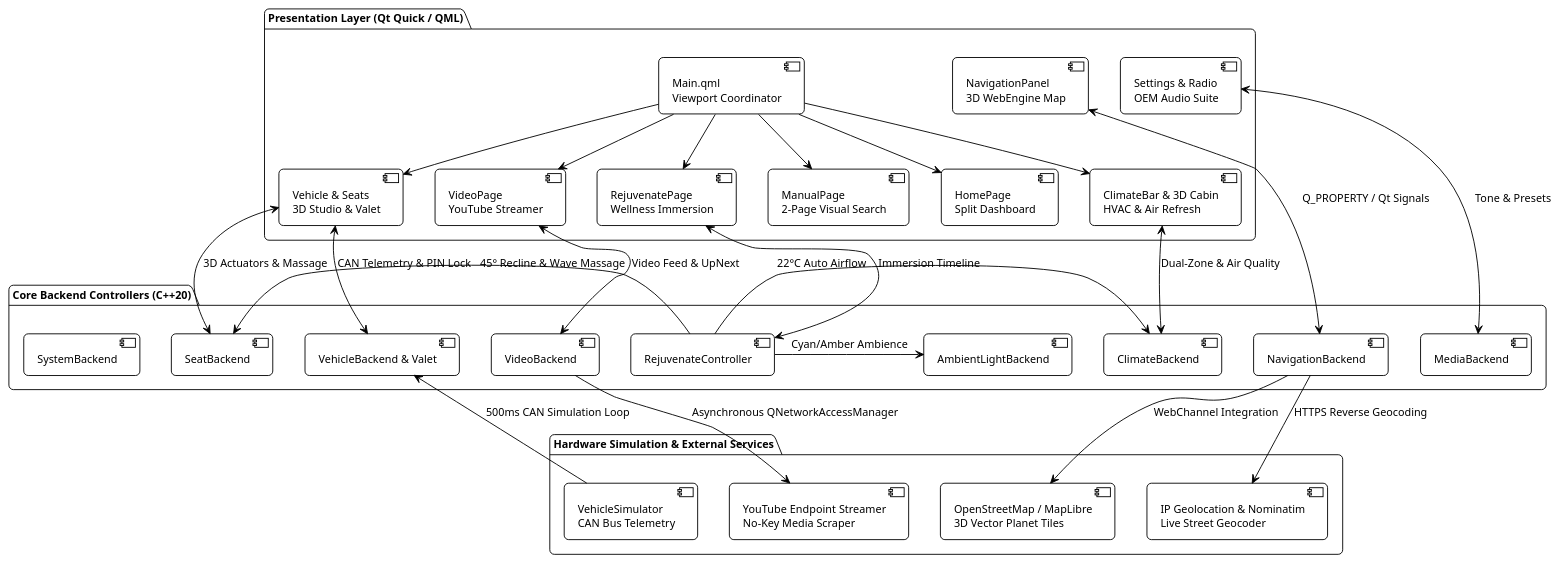
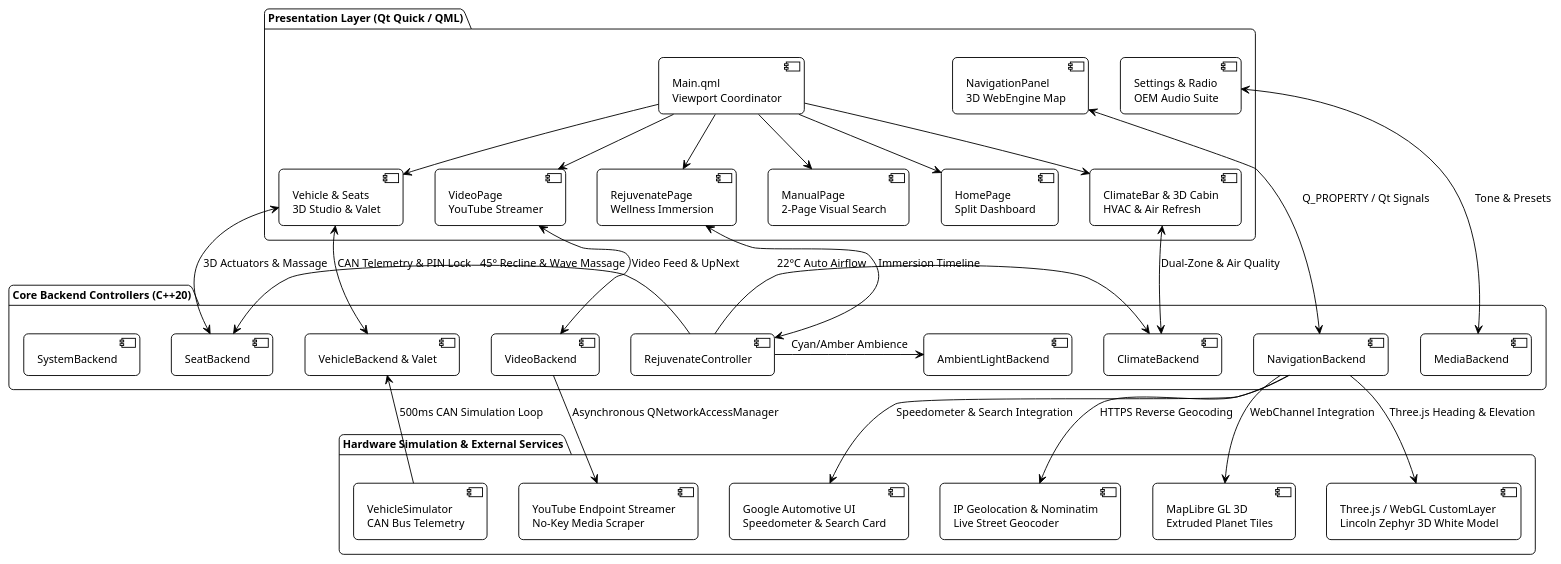
Before and after one commit to skrehanahamed/Apex_Vision_IVI: the second of 2 diagrams in README.md, drawn with PlantUML. The commit also changed other lines of this file and 20 other files, not shown here.

First line of the commit message:
feat(navigation): add pearl white Lincoln Zephyr 3D model, Google Automotive HUD speedometer, and 3-in-1 cockpit navigation (v2.4.0)

````diff
--- a/README.md
+++ b/README.md
@@ -111,66 +115,70 @@
 ```plantuml
 @startuml Apex_Vision_Architecture
 !theme plain
 skinparam backgroundColor transparent
 skinparam componentStyle uml2
 skinparam roundCorner 10
 skinparam defaultFontName "Inter, Helvetica, Arial, sans-serif"
 skinparam defaultFontSize 12
 
 package "Presentation Layer (Qt Quick / QML)" as QML {
   [Main.qml\nViewport Coordinator] as Main
   [HomePage\nSplit Dashboard] as Home
   [NavigationPanel\n3D WebEngine Map] as NavView
   [ClimateBar & 3D Cabin\nHVAC & Air Refresh] as ClimateView
   [Vehicle & Seats\n3D Studio & Valet] as VehicleView
   [VideoPage\nYouTube Streamer] as VideoView
   [RejuvenatePage\nWellness Immersion] as RejView
   [ManualPage\n2-Page Visual Search] as ManualView
   [Settings & Radio\nOEM Audio Suite] as SettingsView
 }
 
 package "Core Backend Controllers (C++20)" as Backend {
   [NavigationBackend] as NavB
   [ClimateBackend] as ClimB
   [VehicleBackend & Valet] as VehB
   [SeatBackend] as SeatB
   [AmbientLightBackend] as LightB
   [VideoBackend] as VidB
   [RejuvenateController] as RejC
   [MediaBackend] as MedB
   [SystemBackend] as SysB
 }
 
 package "Hardware Simulation & External Services" as External {
   [VehicleSimulator\nCAN Bus Telemetry] as CAN
-  [OpenStreetMap / MapLibre\n3D Vector Planet Tiles] as OSM
+  [MapLibre GL 3D\nExtruded Planet Tiles] as OSM
+  [Three.js / WebGL CustomLayer\nLincoln Zephyr 3D White Model] as CAR
+  [Google Automotive UI\nSpeedometer & Search Card] as HUD
   [YouTube Endpoint Streamer\nNo-Key Media Scraper] as YT
   [IP Geolocation & Nominatim\nLive Street Geocoder] as GEO
 }
 
 Main -down-> Home
 Main -down-> ClimateView
 Main -down-> VehicleView
 Main -down-> VideoView
 Main -down-> RejView
 Main -down-> ManualView
 
 NavView <--> NavB : Q_PROPERTY / Qt Signals
 ClimateView <--> ClimB : Dual-Zone & Air Quality
 VehicleView <--> VehB : CAN Telemetry & PIN Lock
 VehicleView <--> SeatB : 3D Actuators & Massage
 RejView <--> RejC : Immersion Timeline
 VideoView <--> VidB : Video Feed & UpNext
 SettingsView <--> MedB : Tone & Presets
 
 RejC -right-> ClimB : 22°C Auto Airflow
 RejC -right-> SeatB : 45° Recline & Wave Massage
 RejC -right-> LightB : Cyan/Amber Ambience
 
 NavB --> OSM : WebChannel Integration
+NavB --> CAR : Three.js Heading & Elevation
+NavB --> HUD : Speedometer & Search Integration
 NavB --> GEO : HTTPS Reverse Geocoding
 VidB --> YT : Asynchronous QNetworkAccessManager
 CAN --> VehB : 500ms CAN Simulation Loop
 
 @enduml
 ```
````
